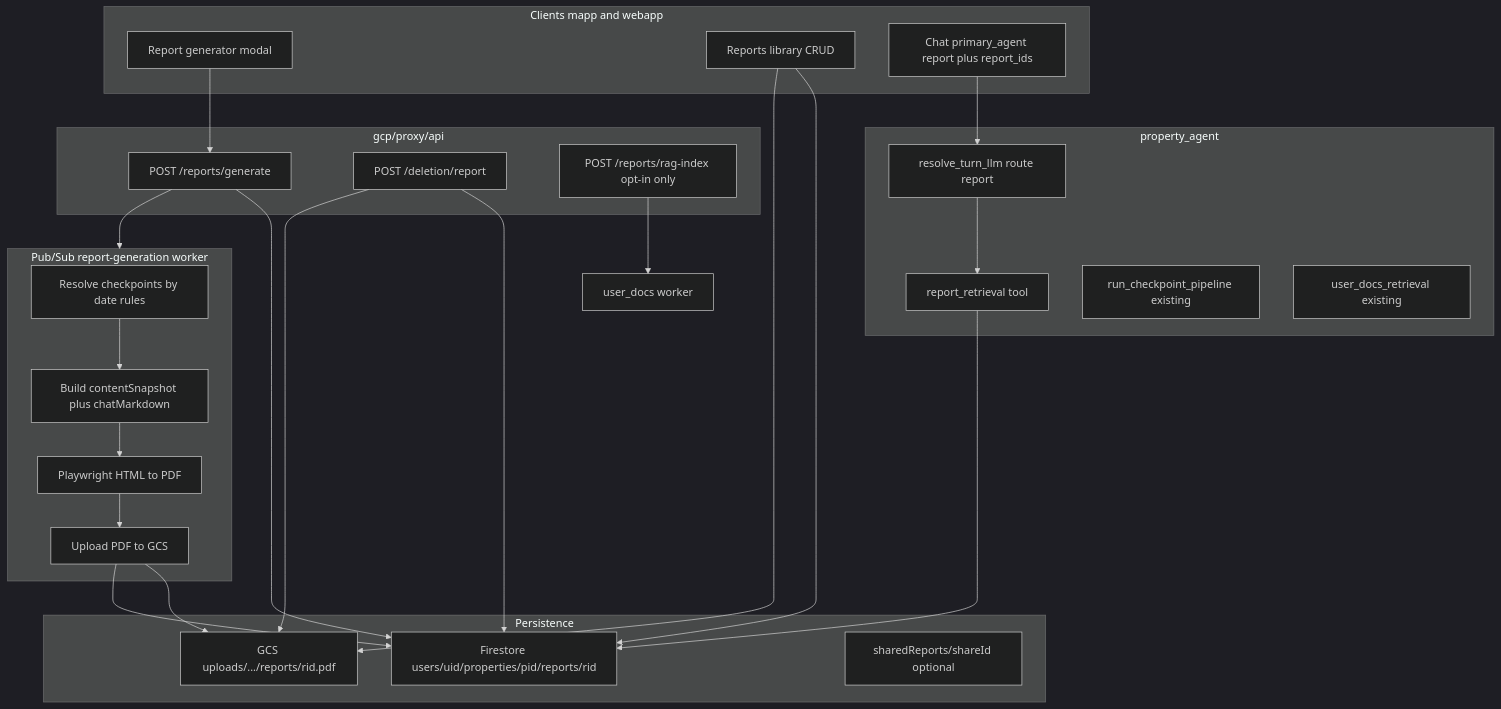
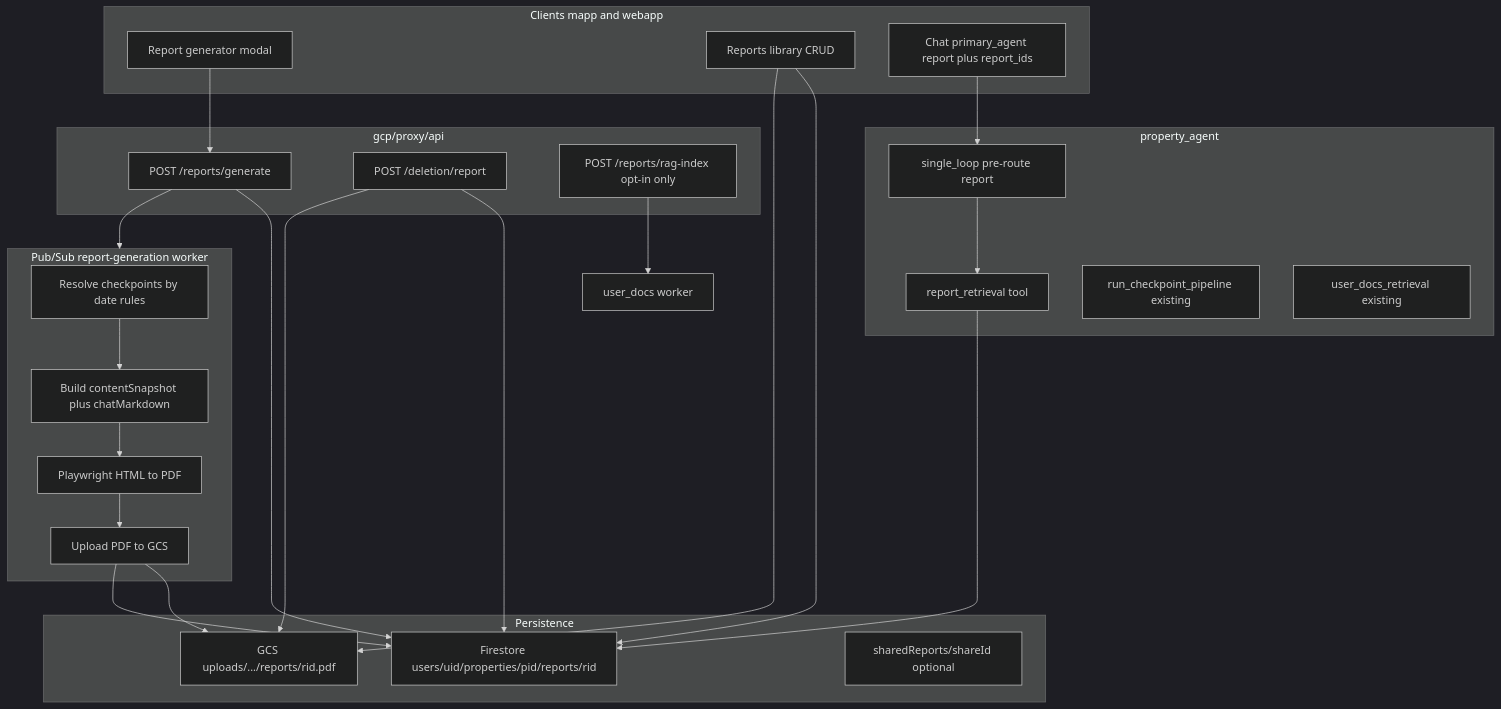
The diagram in docs/property/PROPERTY_REPORTS_PLAN.md (knotking/asset-mem), drawn with Mermaid (dark theme) before and after one commit. The commit also changed other lines of this file and 48 other files, not shown here.

First line of the commit message:
Sync docs and comments to single-loop architecture naming.

````diff
--- a/docs/property/PROPERTY_REPORTS_PLAN.md
+++ b/docs/property/PROPERTY_REPORTS_PLAN.md
@@ -86,49 +86,49 @@
 ```mermaid
 flowchart TB
   subgraph clients [Clients mapp and webapp]
     GenUI[Report generator modal]
     LibUI[Reports library CRUD]
     ChatUI["Chat primary_agent report plus report_ids"]
   end
 
   subgraph proxy [gcp/proxy/api]
     GenAPI[POST /reports/generate]
     DelAPI[POST /deletion/report]
     RagOpt[POST /reports/rag-index opt-in only]
   end
 
   subgraph async [Pub/Sub report-generation worker]
     Resolve[Resolve checkpoints by date rules]
     Snap[Build contentSnapshot plus chatMarkdown]
     Render[Playwright HTML to PDF]
     Upload[Upload PDF to GCS]
   end
 
   subgraph storage [Persistence]
     FS["Firestore users/uid/properties/pid/reports/rid"]
     GCS["GCS uploads/.../reports/rid.pdf"]
     Share["sharedReports/shareId optional"]
   end
 
   subgraph agent [property_agent]
-    ResolveReport[resolve_turn_llm route report]
+    ResolveReport[single_loop pre-route report]
     ReportRet[report_retrieval tool]
     CkptRet[run_checkpoint_pipeline existing]
     DocsRet[user_docs_retrieval existing]
   end
 
   GenUI --> GenAPI
   GenAPI --> FS
   GenAPI --> async
   Resolve --> Snap --> Render --> Upload
   Upload --> GCS
   Upload --> FS
   LibUI --> FS
   LibUI --> GCS
   ChatUI --> ResolveReport
   ResolveReport --> ReportRet
   ReportRet --> FS
   DelAPI --> FS
   DelAPI --> GCS
   RagOpt --> user_docs_worker[user_docs worker]
 ```
````
